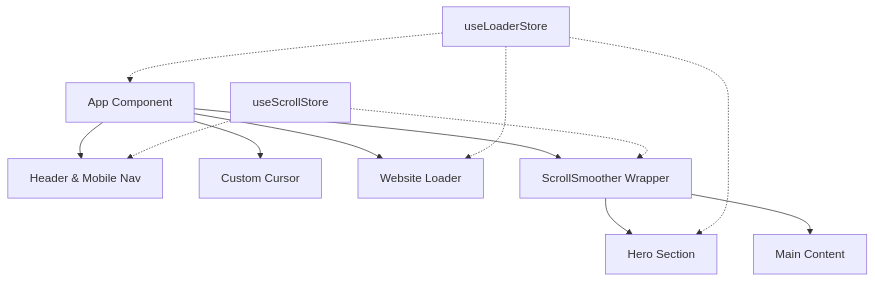
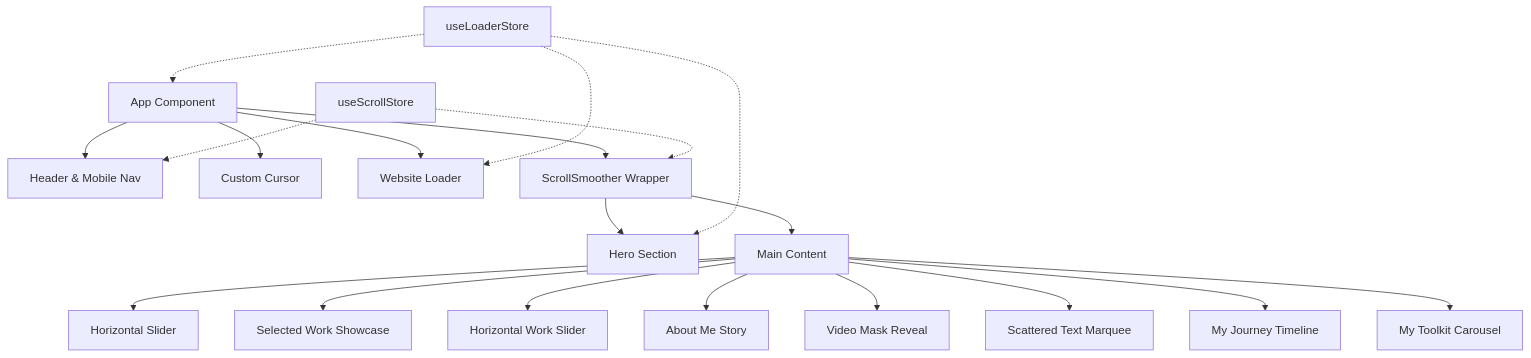
One commit to mohamedmagdy-dev/my-portfolio changed the diagram in README.md. Above: the diagram before and after it, drawn with Mermaid. The commit also changed other lines of this file and 3 other files, not shown here.

````diff
--- a/README.md
+++ b/README.md
@@ -32,15 +36,24 @@
 ```mermaid
 graph TD
     App[App Component] --> Header[Header & Mobile Nav]
     App --> CustomCursor[Custom Cursor]
     App --> Loader[Website Loader]
     App --> SmoothWrapper[ScrollSmoother Wrapper]
     SmoothWrapper --> Hero[Hero Section]
     SmoothWrapper --> MainContent[Main Content]
 
+    MainContent --> HorizontalSlider[Horizontal Slider]
+    MainContent --> SelectedWork[Selected Work Showcase]
+    MainContent --> WorkSlider[Horizontal Work Slider]
+    MainContent --> AboutMe[About Me Story]
+    MainContent --> VideoRevel[Video Mask Reveal]
+    MainContent --> TextMarquee[Scattered Text Marquee]
+    MainContent --> MyJourney[My Journey Timeline]
+    MainContent --> MyToolKit[My Toolkit Carousel]
+
     ZustandLoader[useLoaderStore] -.-> App
     ZustandLoader -.-> Loader
     ZustandLoader -.-> Hero
     ZustandScroll[useScrollStore] -.-> Header
     ZustandScroll -.-> SmoothWrapper
 ```
````
